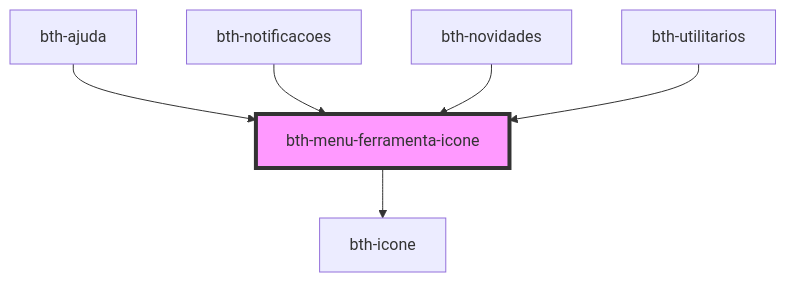
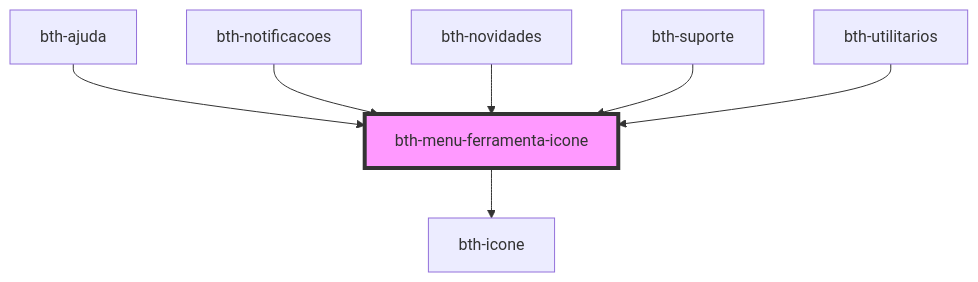
One commit to betha-plataforma/estrutura-componentes changed the diagram in src/components/app/menu-ferramenta-icone/readme.md. Above: the diagram before and after it, drawn with Mermaid. The commit also changed other lines of this file and 17 other files, not shown here.

Commit message:
Adiciona novo menu de ferramenta para suporte com integração do BLIP Chat de atendimento

````diff
--- a/src/components/app/menu-ferramenta-icone/readme.md
+++ b/src/components/app/menu-ferramenta-icone/readme.md
@@ -44,9 +46,10 @@
 ```mermaid
 graph TD;
   bth-menu-ferramenta-icone --> bth-icone
   bth-ajuda --> bth-menu-ferramenta-icone
   bth-notificacoes --> bth-menu-ferramenta-icone
   bth-novidades --> bth-menu-ferramenta-icone
+  bth-suporte --> bth-menu-ferramenta-icone
   bth-utilitarios --> bth-menu-ferramenta-icone
   style bth-menu-ferramenta-icone fill:#f9f,stroke:#333,stroke-width:4px
 ```
````
